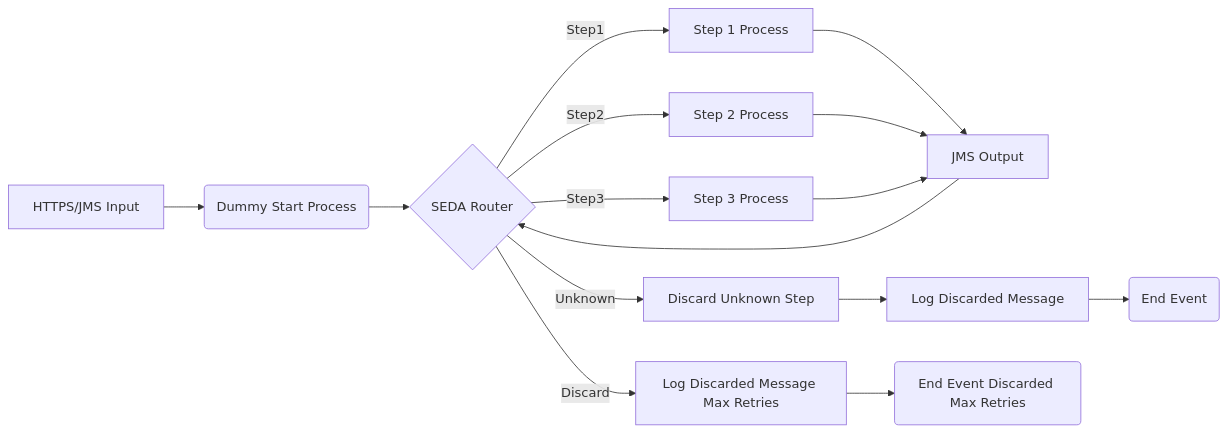
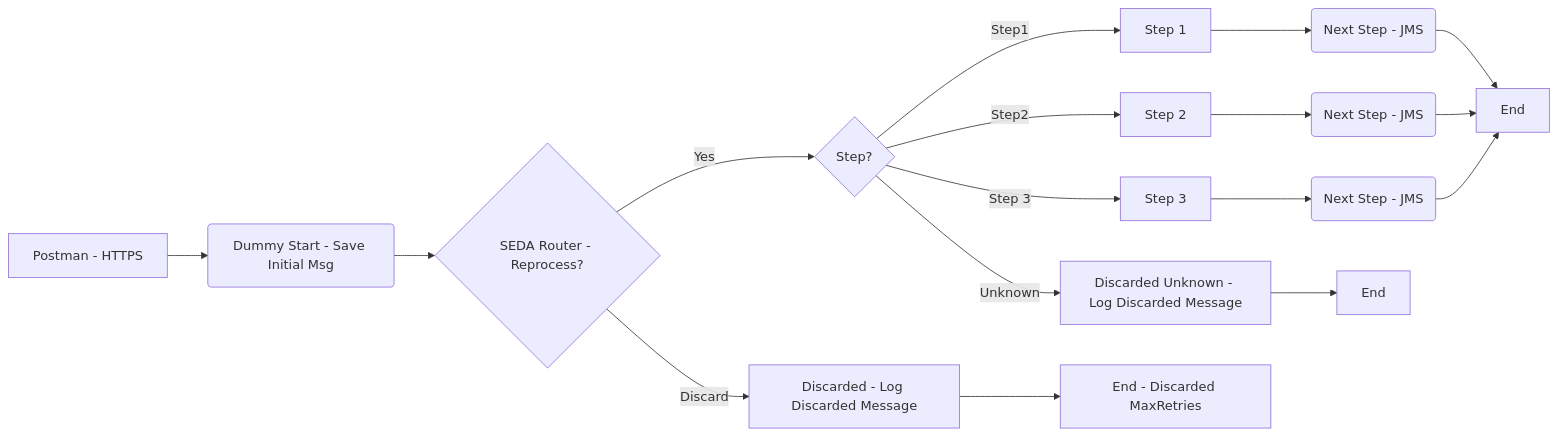
The diagram in MMZ - Templates/SEDA_Model_-_Single_Queue_-_Restart_and_Discard-1.0.0/readme.md (Avvale-IA-CICD/AvvaleCPI), drawn with Mermaid before and after one commit. The commit also changed other lines of this file, not shown here.

Commit message:
Add/update documentation for SEDA_Model_-_Single_Queue_-_Restart_and_Discard v1.0.0

````diff
--- a/MMZ - Templates/SEDA_Model_-_Single_Queue_-_Restart_and_Discard-1.0.0/readme.md
+++ b/MMZ - Templates/SEDA_Model_-_Single_Queue_-_Restart_and_Discard-1.0.0/readme.md
@@ -4,17 +4,19 @@
 ```mermaid
 graph LR
-    A[HTTPS/JMS Input] --> B(Dummy Start Process)
-    B --> C{SEDA Router}
-    C -- Step1 --> D[Step 1 Process]
-    C -- Step2 --> E[Step 2 Process]
-    C -- Step3 --> F[Step 3 Process]
-    C -- Unknown --> G[Discard Unknown Step]
-    D --> H[JMS Output]
-    E --> H
-    F --> H
-    G --> I[Log Discarded Message]
-    I --> J(End Event)
-    H --> C
-    C -- Discard --> K[Log Discarded Message Max Retries]
-    K --> L(End Event Discarded Max Retries)
+    A[Postman - HTTPS] --> B(Dummy Start - Save Initial Msg)
+    B --> C{SEDA Router - Reprocess?}
+    C -- Discard --> D[Discarded - Log Discarded Message]
+    C -- Yes --> E{Step?}
+    E -- Step1 --> F[Step 1]
+    E -- Step2 --> G[Step 2]
+    E -- Step 3 --> H[Step 3]
+    E -- Unknown --> I[Discarded Unknown - Log Discarded Message]
+    F --> J(Next Step - JMS)
+    G --> K(Next Step - JMS)
+    H --> L(Next Step - JMS)
+    J --> M[End]
+    K --> M
+    L --> M
+    D --> N[End - Discarded MaxRetries]
+    I --> O[End]
 ```
````
